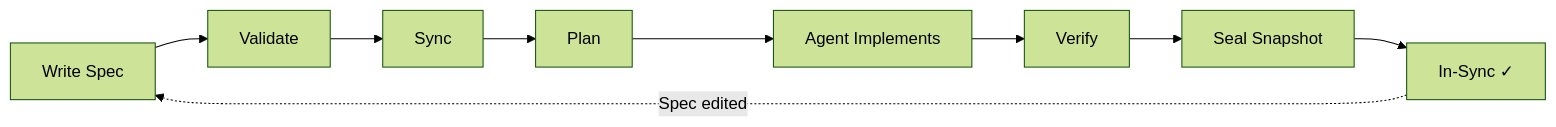
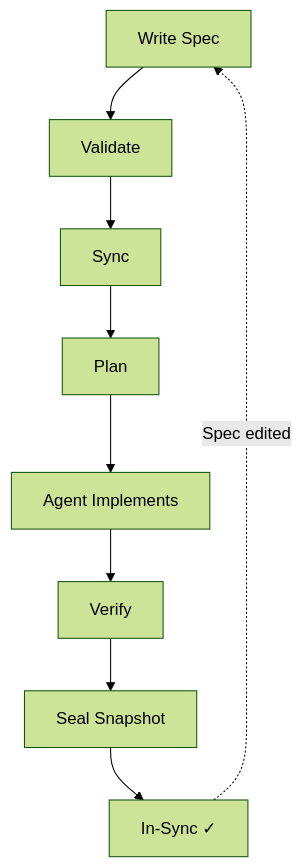
One commit to marad/specman changed the diagram in README.md. Above: the diagram before and after it, drawn with Mermaid (forest theme). The commit also changed other lines of this file, not shown here.

````diff
--- a/README.md
+++ b/README.md
@@ -34,11 +43,11 @@
 ```mermaid
-graph LR
+graph TD
     A[Write Spec] --> B[Validate]
     B --> C[Sync]
     C --> D[Plan]
     D --> E[Agent Implements]
     E --> F[Verify]
     F --> G[Seal Snapshot]
     G --> H[In-Sync ✓]
     H -.->|Spec edited| A
 ```
````
